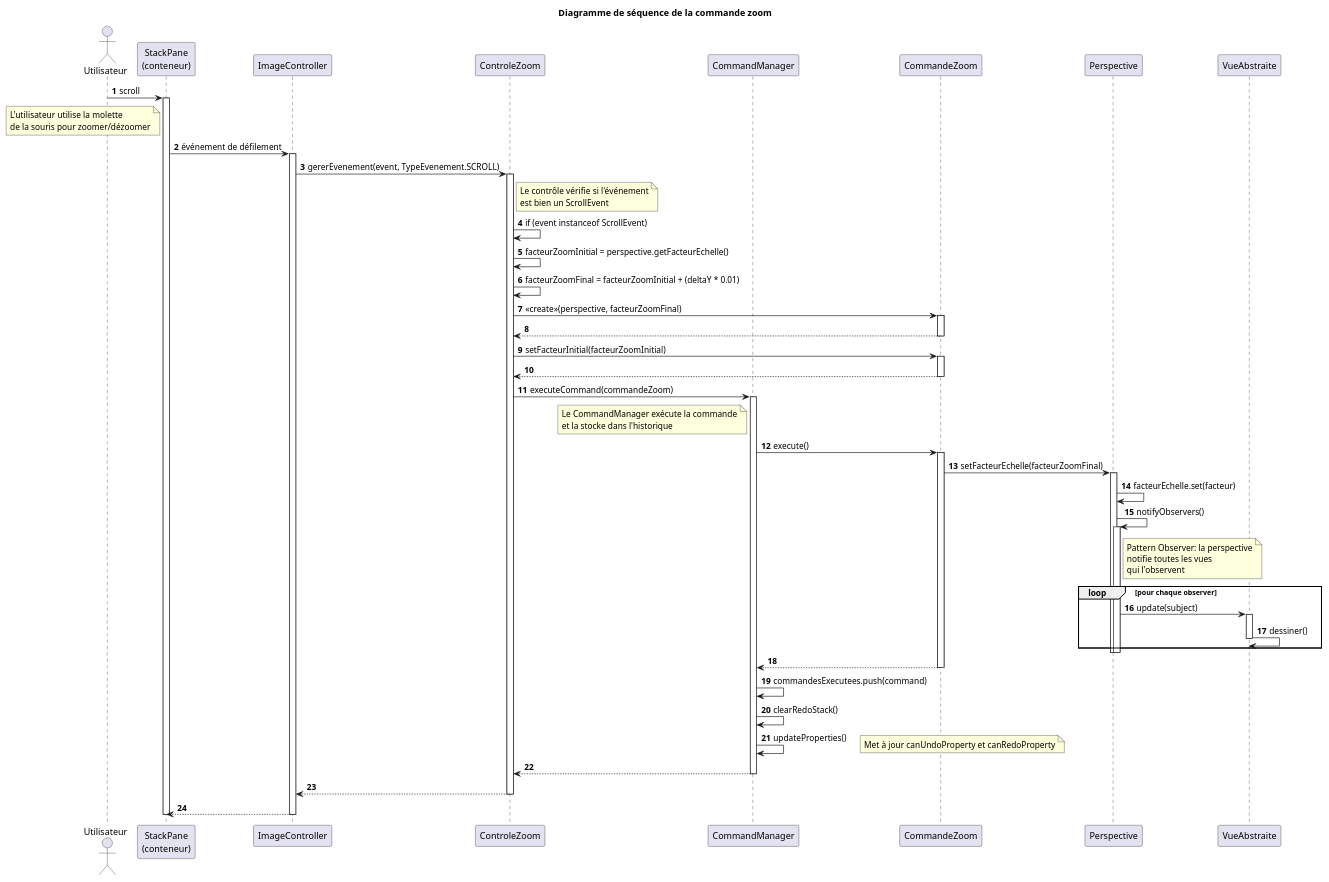
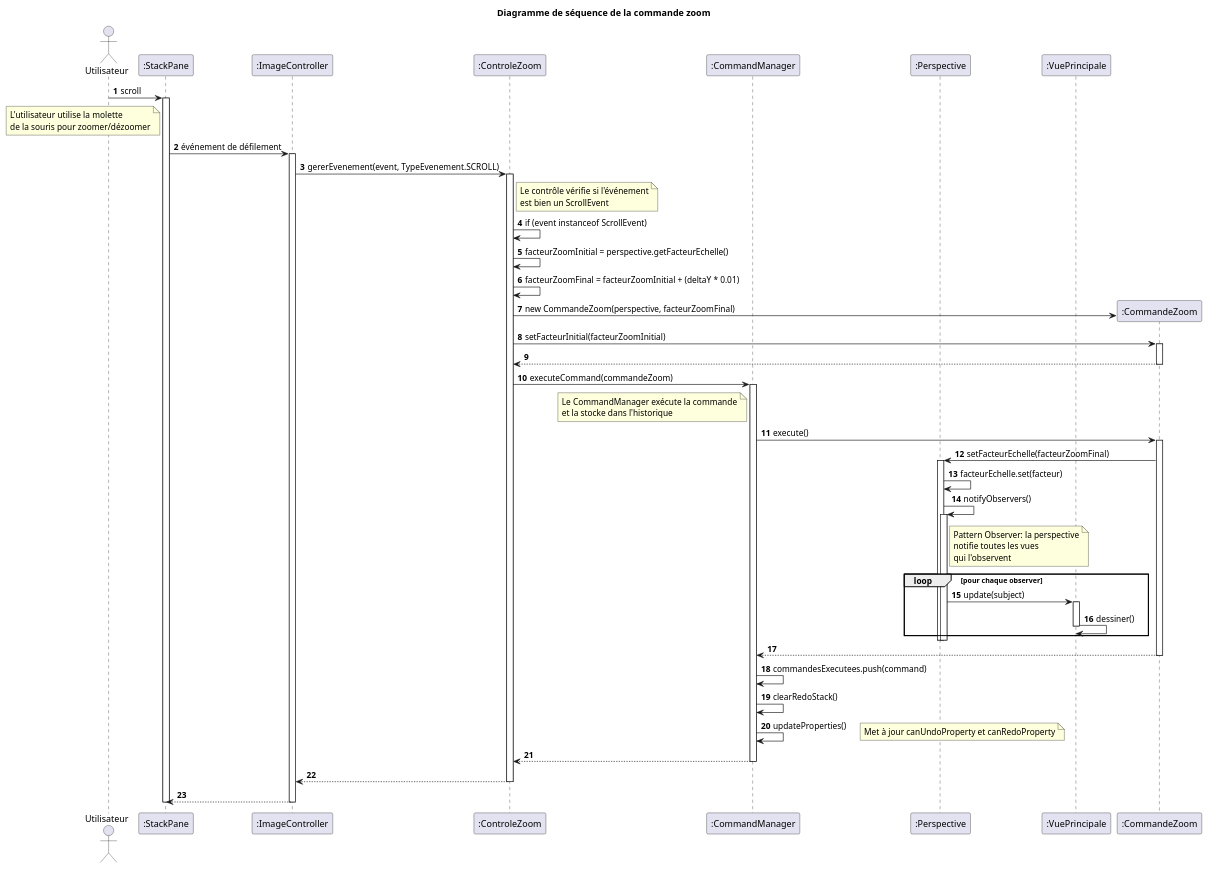
Before and after one commit to MasterGragra/LOG_Labo5: the diagram in docs/ds1.puml, drawn with PlantUML.

```diff
--- a/docs/ds1.puml
+++ b/docs/ds1.puml
@@ -1,87 +1,84 @@
 @startuml
 title Diagramme de séquence de la commande zoom
 autonumber
 
 actor Utilisateur
-participant "StackPane\n(conteneur)" as Pane
-participant "ImageController" as Controller
-participant "ControleZoom" as Controle
-participant "CommandManager" as CmdMgr
-participant "CommandeZoom" as Cmd
-participant "Perspective" as Model
-participant "VueAbstraite" as Vue
+participant ":StackPane" as Pane
+participant ":ImageController" as Controller
+participant ":ControleZoom" as Controle
+participant ":CommandManager" as CmdMgr
+participant ":Perspective" as Model
+participant ":VuePrincipale" as Vue
 
 Utilisateur -> Pane : scroll
 activate Pane
     note left of Pane
         L'utilisateur utilise la molette
         de la souris pour zoomer/dézoomer
     end note
 
     Pane -> Controller : événement de défilement
     activate Controller
         Controller -> Controle : gererEvenement(event, TypeEvenement.SCROLL)
         activate Controle
             note right of Controle
                 Le contrôle vérifie si l'événement
                 est bien un ScrollEvent
             end note
 
             Controle -> Controle : if (event instanceof ScrollEvent)
             Controle -> Controle : facteurZoomInitial = perspective.getFacteurEchelle()
             Controle -> Controle : facteurZoomFinal = facteurZoomInitial + (deltaY * 0.01)
 
-            Controle -> Cmd : <<create>>(perspective, facteurZoomFinal)
-            activate Cmd
-                Cmd --> Controle
-            deactivate Cmd
+            create ":CommandeZoom" as Cmd
+            Controle -> Cmd : new CommandeZoom(perspective, facteurZoomFinal)
 
             Controle -> Cmd : setFacteurInitial(facteurZoomInitial)
             activate Cmd
                 Cmd --> Controle
             deactivate Cmd
 
             Controle -> CmdMgr : executeCommand(commandeZoom)
             activate CmdMgr
                 note left of CmdMgr
                     Le CommandManager exécute la commande
                     et la stocke dans l'historique
                 end note
 
                 CmdMgr -> Cmd : execute()
                 activate Cmd
                     Cmd -> Model : setFacteurEchelle(facteurZoomFinal)
                     activate Model
                         Model -> Model : facteurEchelle.set(facteur)
                         Model -> Model : notifyObservers()
                         activate Model
                             note right of Model
                                 Pattern Observer: la perspective
                                 notifie toutes les vues
                                 qui l'observent
                             end note
 
                             loop pour chaque observer
                                 Model -> Vue : update(subject)
                                 activate Vue
                                     Vue -> Vue : dessiner()
                                 deactivate Vue
                             end
                         deactivate Model
                     deactivate Model
                     Cmd --> CmdMgr
                 deactivate Cmd
 
                 CmdMgr -> CmdMgr : commandesExecutees.push(command)
                 CmdMgr -> CmdMgr : clearRedoStack()
                 CmdMgr -> CmdMgr : updateProperties()
                 note right: Met à jour canUndoProperty et canRedoProperty
                 CmdMgr --> Controle
             deactivate CmdMgr
             Controle --> Controller
         deactivate Controle
         Controller --> Pane
     deactivate Controller
 deactivate Pane
 
 @enduml
```
